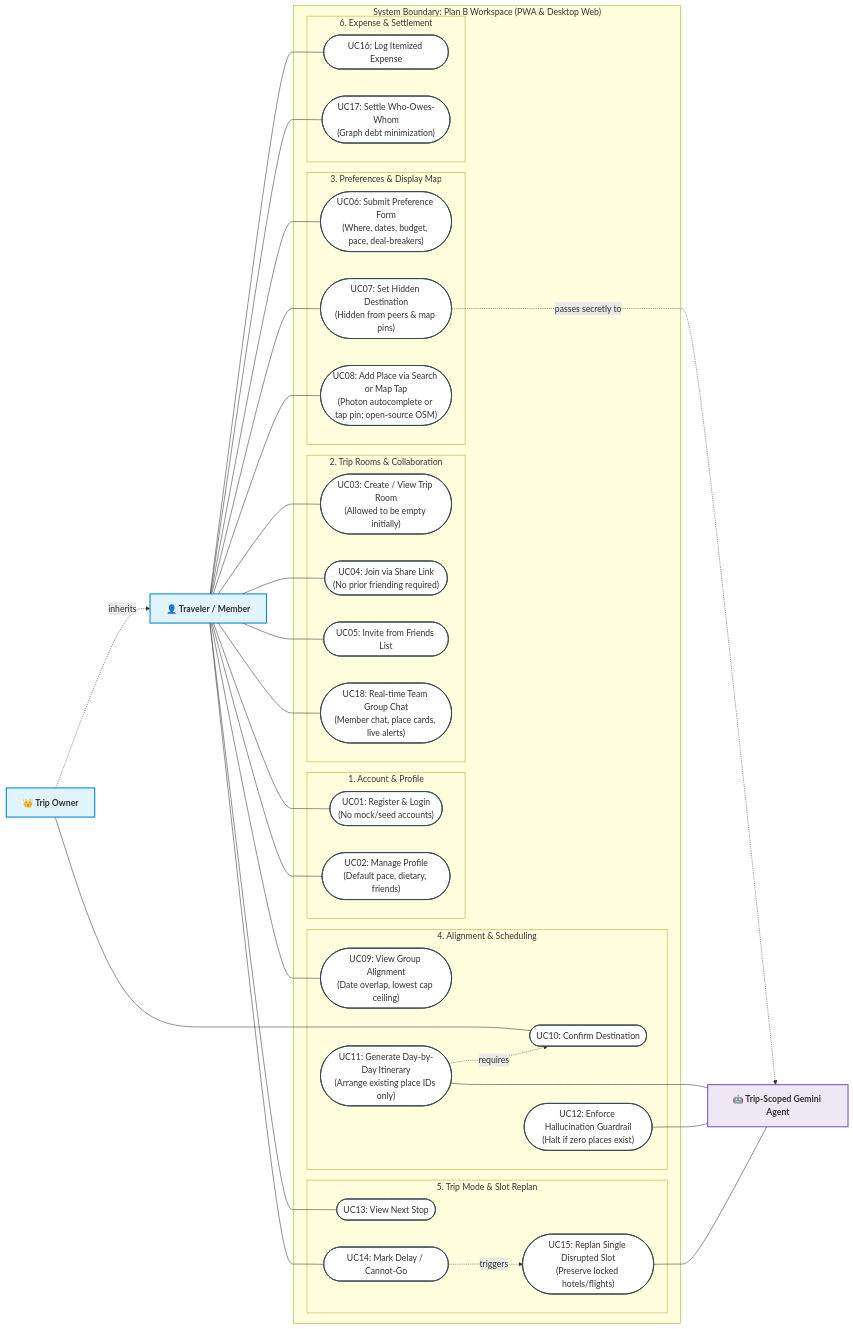
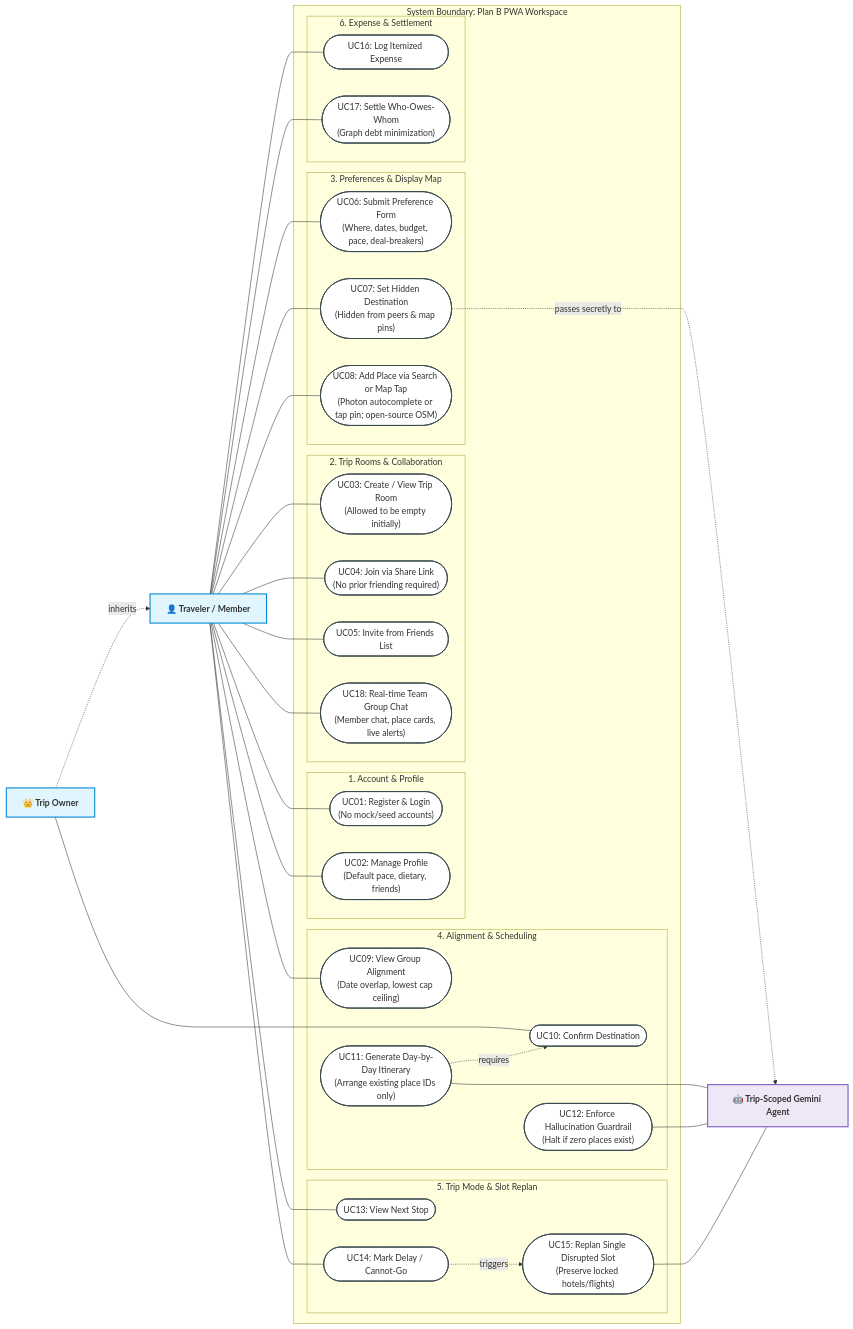
Before and after one commit to nlzce/We-are-the-champions_Plan-B: the second of 15 diagrams in README.md, drawn with Mermaid. The commit also changed other lines of this file, not shown here.

Commit message:
docs: ensure 100% english, remove cloudflare, focus exclusively on PWA, and validate all mermaid diagrams

````diff
--- a/README.md
+++ b/README.md
@@ -121,75 +120,75 @@
 ```mermaid
 flowchart LR
   classDef actor fill:#e1f5fe,stroke:#0288d1,stroke-width:2px,font-weight:bold;
   classDef usecase fill:#ffffff,stroke:#37474f,stroke-width:1.5px;
   classDef system fill:#f8f9fa,stroke:#455a64,stroke-width:2px;
   classDef ai fill:#ede7f6,stroke:#7e57c2,stroke-width:2px,font-weight:bold;
 
   Traveler["👤 Traveler / Member"]:::actor
   Owner["👑 Trip Owner"]:::actor
   Gemini["🤖 Trip-Scoped Gemini Agent"]:::ai
 
   Owner -.->|inherits| Traveler
 
-  subgraph Boundary["System Boundary: Plan B Workspace (PWA & Desktop Web)"]
+  subgraph Boundary["System Boundary: Plan B PWA Workspace"]
     subgraph UC_Auth["1. Account & Profile"]
       UC01(["UC01: Register & Login<br/>(No mock/seed accounts)"]):::usecase
       UC02(["UC02: Manage Profile<br/>(Default pace, dietary, friends)"]):::usecase
     end
 
     subgraph UC_Room["2. Trip Rooms & Collaboration"]
       UC03(["UC03: Create / View Trip Room<br/>(Allowed to be empty initially)"]):::usecase
       UC04(["UC04: Join via Share Link<br/>(No prior friending required)"]):::usecase
       UC05(["UC05: Invite from Friends List"]):::usecase
       UC18(["UC18: Real-time Team Group Chat<br/>(Member chat, place cards, live alerts)"]):::usecase
     end
 
     subgraph UC_Prefs["3. Preferences & Display Map"]
       UC06(["UC06: Submit Preference Form<br/>(Where, dates, budget, pace, deal-breakers)"]):::usecase
       UC07(["UC07: Set Hidden Destination<br/>(Hidden from peers & map pins)"]):::usecase
       UC08(["UC08: Add Place via Search or Map Tap<br/>(Photon autocomplete or tap pin; open-source OSM)"]):::usecase
     end
 
     subgraph UC_Plan["4. Alignment & Scheduling"]
       UC09(["UC09: View Group Alignment<br/>(Date overlap, lowest cap ceiling)"]):::usecase
       UC10(["UC10: Confirm Destination"]):::usecase
       UC11(["UC11: Generate Day-by-Day Itinerary<br/>(Arrange existing place IDs only)"]):::usecase
       UC12(["UC12: Enforce Hallucination Guardrail<br/>(Halt if zero places exist)"]):::usecase
     end
 
     subgraph UC_Trip["5. Trip Mode & Slot Replan"]
       UC13(["UC13: View Next Stop"]):::usecase
       UC14(["UC14: Mark Delay / Cannot-Go"]):::usecase
       UC15(["UC15: Replan Single Disrupted Slot<br/>(Preserve locked hotels/flights)"]):::usecase
     end
 
     subgraph UC_Money["6. Expense & Settlement"]
       UC16(["UC16: Log Itemized Expense"]):::usecase
       UC17(["UC17: Settle Who-Owes-Whom<br/>(Graph debt minimization)"]):::usecase
     end
   end
 
   Traveler --- UC01
   Traveler --- UC02
   Traveler --- UC03
   Traveler --- UC04
   Traveler --- UC05
   Traveler --- UC06
   Traveler --- UC07
   Traveler --- UC08
   Traveler --- UC09
   Traveler --- UC13
   Traveler --- UC14
   Traveler --- UC16
   Traveler --- UC17
   Traveler --- UC18
 
   Owner --- UC10
 
   UC07 -.->|passes secretly to| Gemini
   UC11 -.->|requires| UC10
   UC11 --- Gemini
   UC12 --- Gemini
   UC14 -.->|triggers| UC15
   UC15 --- Gemini
 ```
````
